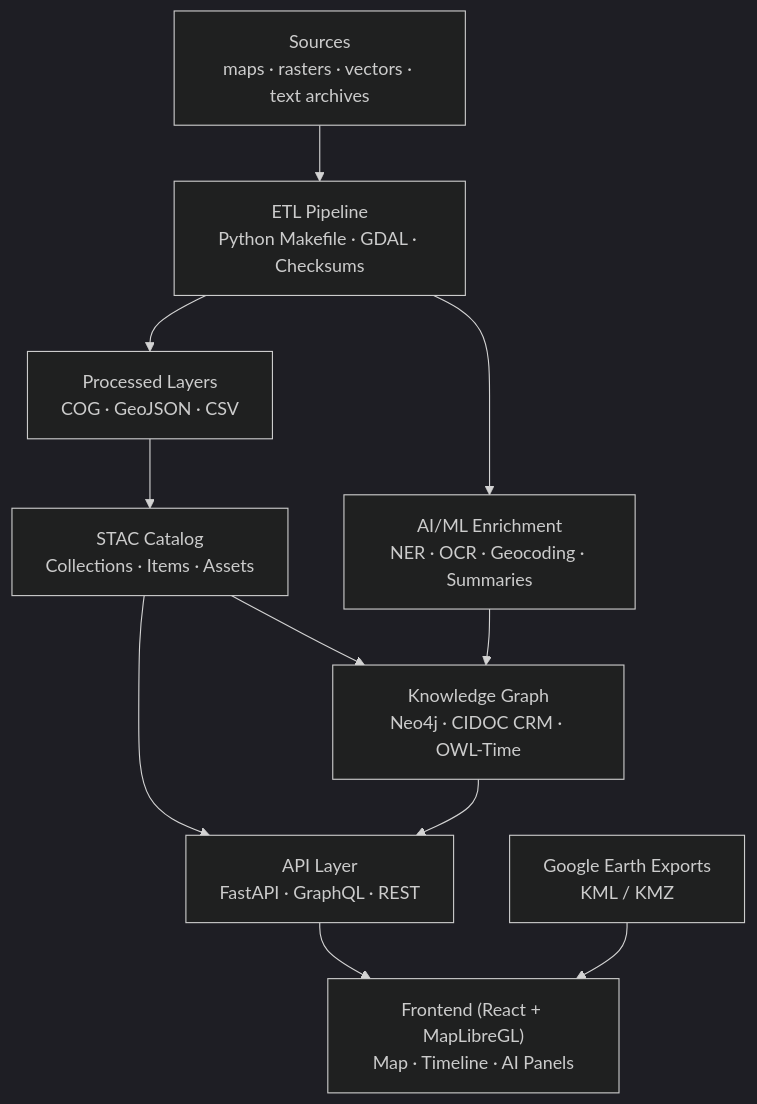
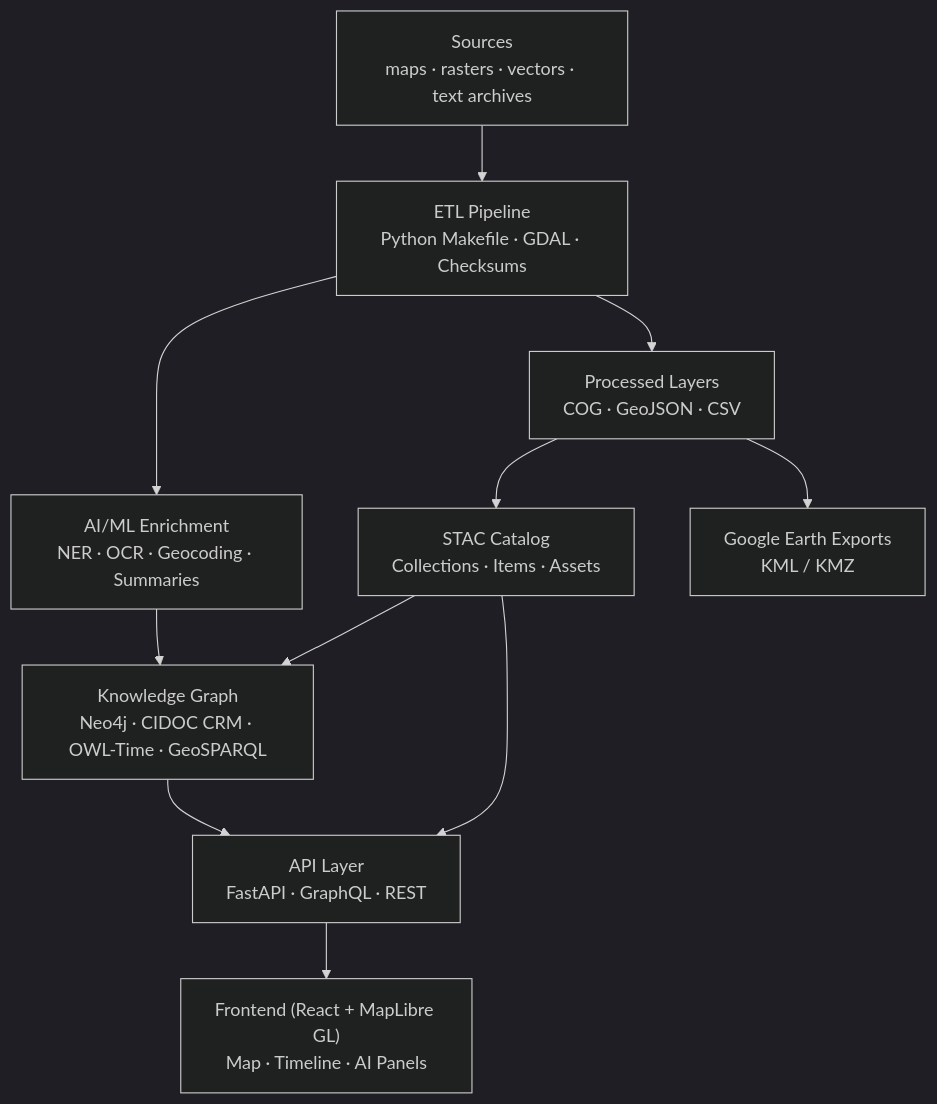
One commit to bartytime4life/Kansas-Frontier-Matrix changed the diagram in ARCHITECTURE.md. Above: the diagram before and after it, drawn with Mermaid (dark theme). The commit also changed other lines of this file, not shown here.

````diff
--- a/ARCHITECTURE.md
+++ b/ARCHITECTURE.md
@@ -65,15 +63,15 @@
 ```mermaid
 flowchart TD
   A["Sources<br/>maps · rasters · vectors · text archives"]
     --> B["ETL Pipeline<br/>Python Makefile · GDAL · Checksums"]
   B --> C["Processed Layers<br/>COG · GeoJSON · CSV"]
   B --> I["AI/ML Enrichment<br/>NER · OCR · Geocoding · Summaries"]
   C --> D["STAC Catalog<br/>Collections · Items · Assets"]
-  D --> H["Knowledge Graph<br/>Neo4j · CIDOC CRM · OWL-Time"]
+  D --> H["Knowledge Graph<br/>Neo4j · CIDOC CRM · OWL-Time · GeoSPARQL"]
   I --> H
   D --> J["API Layer<br/>FastAPI · GraphQL · REST"]
   H --> J
-  J --> F["Frontend (React + MapLibreGL)<br/>Map · Timeline · AI Panels"]
-  E["Google Earth Exports<br/>KML / KMZ"] --> F
+  J --> F["Frontend (React + MapLibre GL)<br/>Map · Timeline · AI Panels"]
+  C --> K["Google Earth Exports<br/>KML / KMZ"]
 %% END OF MERMAID
 ```
````
